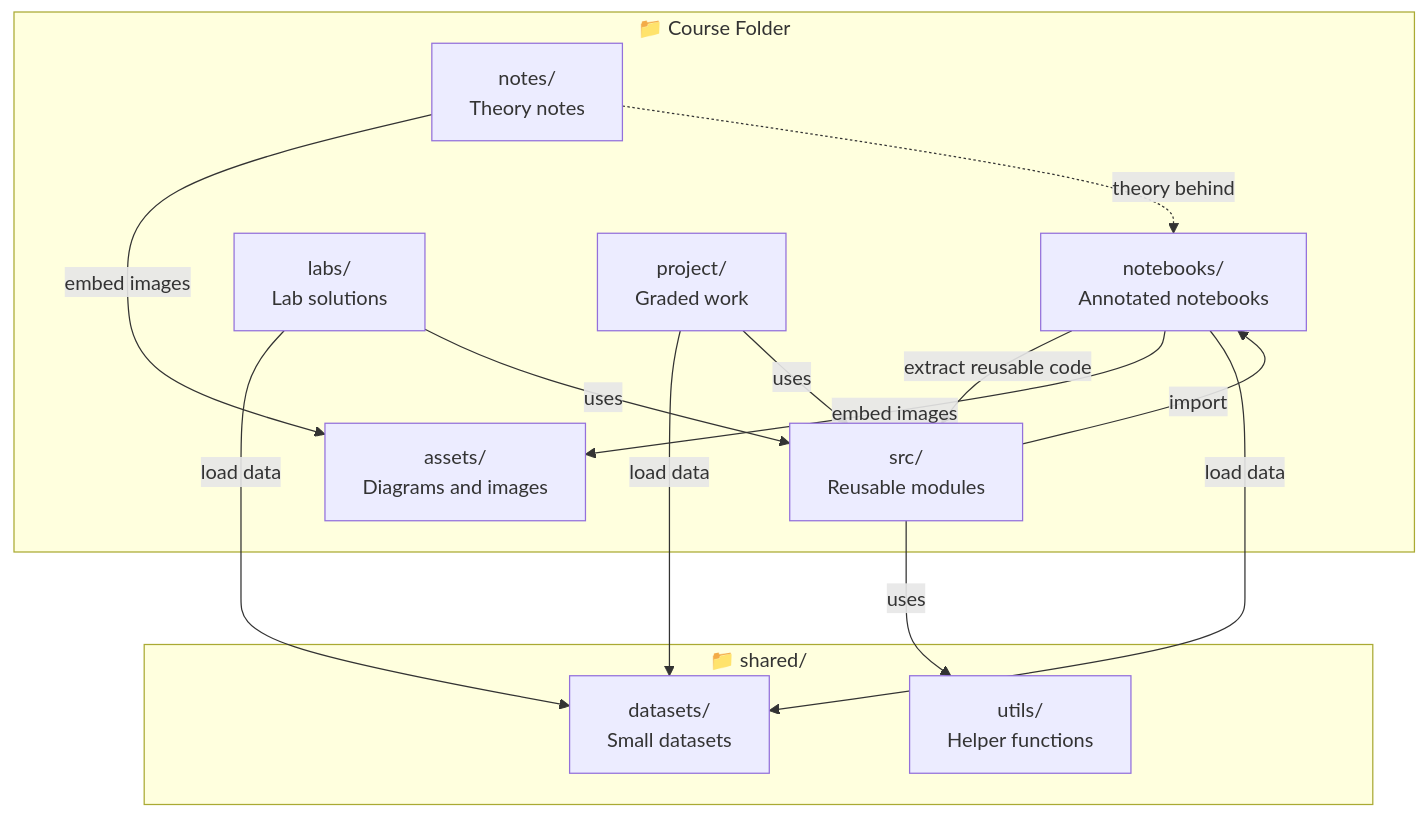
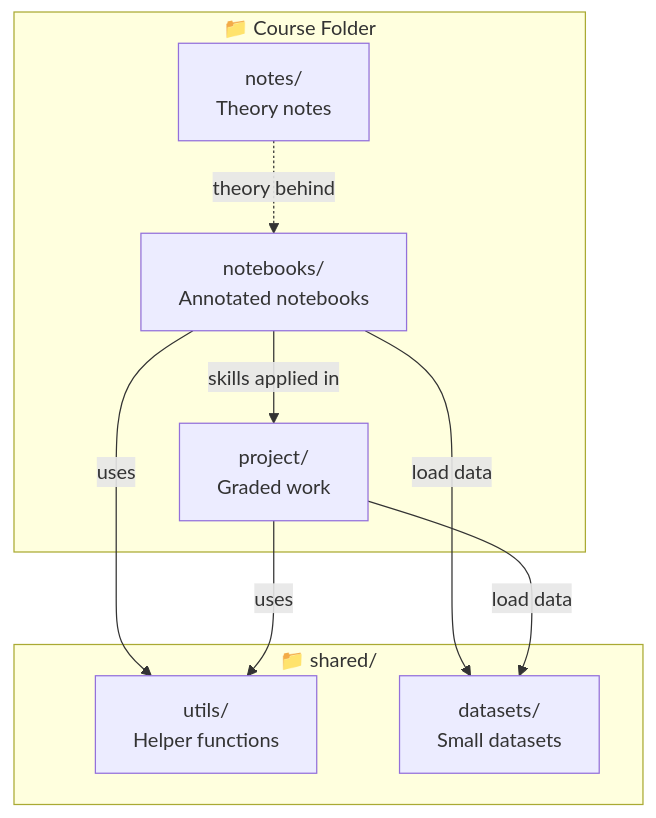
One commit to Abhiraj-Balyan/AI-Engineer-Specialization changed the second of 22 diagrams in README.md. Above: the diagram before and after it, drawn with Mermaid. The commit also changed other lines of this file, not shown here.

Commit message:
Revise README for course folder structure and workflow
Updated README to reflect changes in folder structure and workflow.

````diff
--- a/README.md
+++ b/README.md
@@ -144,28 +141,20 @@
 ```mermaid
 flowchart TD
     subgraph Course["📁 Course Folder"]
         NB["notebooks/<br/>Annotated notebooks"]
-        SRC["src/<br/>Reusable modules"]
         NOTES["notes/<br/>Theory notes"]
-        LABS["labs/<br/>Lab solutions"]
         PROJ["project/<br/>Graded work"]
-        ASSETS["assets/<br/>Diagrams and images"]
     end
 
     subgraph Shared["📁 shared/"]
         UTILS["utils/<br/>Helper functions"]
         DATA["datasets/<br/>Small datasets"]
     end
 
-    NB -->|"extract reusable code"| SRC
-    SRC -->|"import"| NB
-    NB -->|"embed images"| ASSETS
-    NOTES -->|"embed images"| ASSETS
     NB -->|"load data"| DATA
-    LABS -->|"load data"| DATA
     PROJ -->|"load data"| DATA
-    SRC -->|"uses"| UTILS
-    LABS -->|"uses"| SRC
-    PROJ -->|"uses"| SRC
+    NB -->|"uses"| UTILS
+    PROJ -->|"uses"| UTILS
     NOTES -.->|"theory behind"| NB
+    NB -->|"skills applied in"| PROJ
 ```
````
